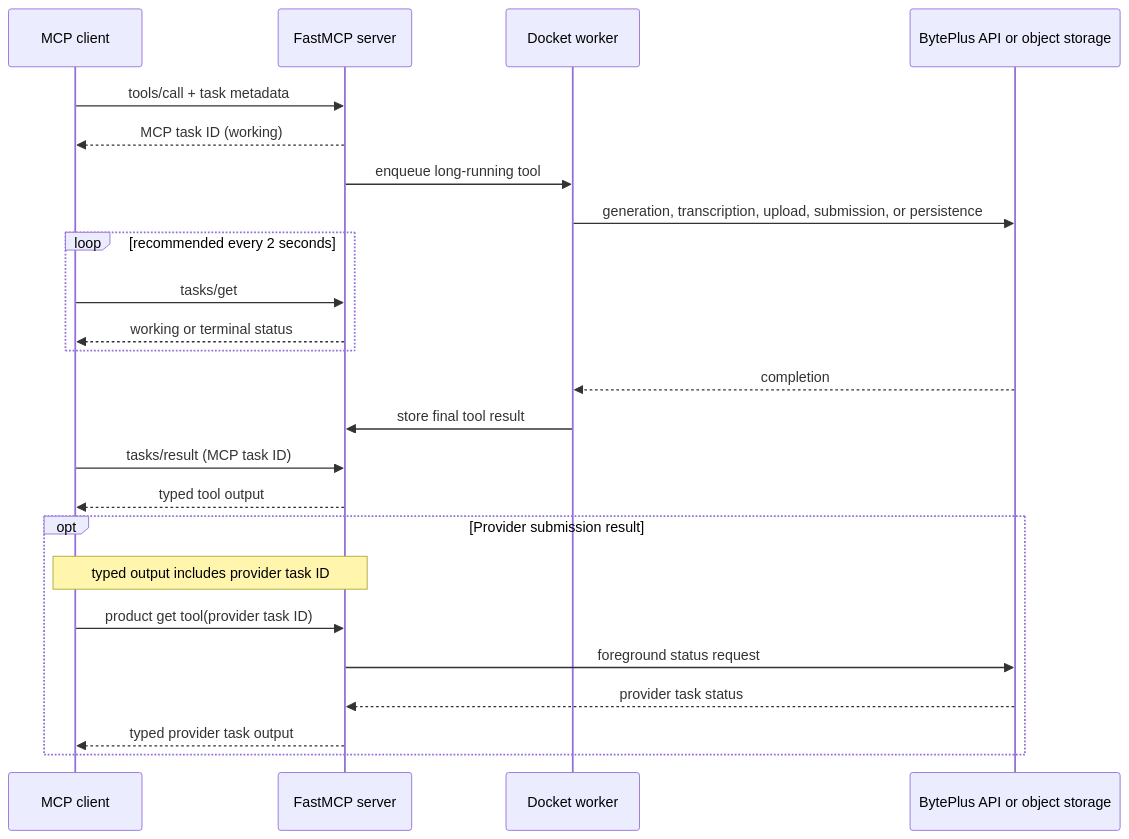
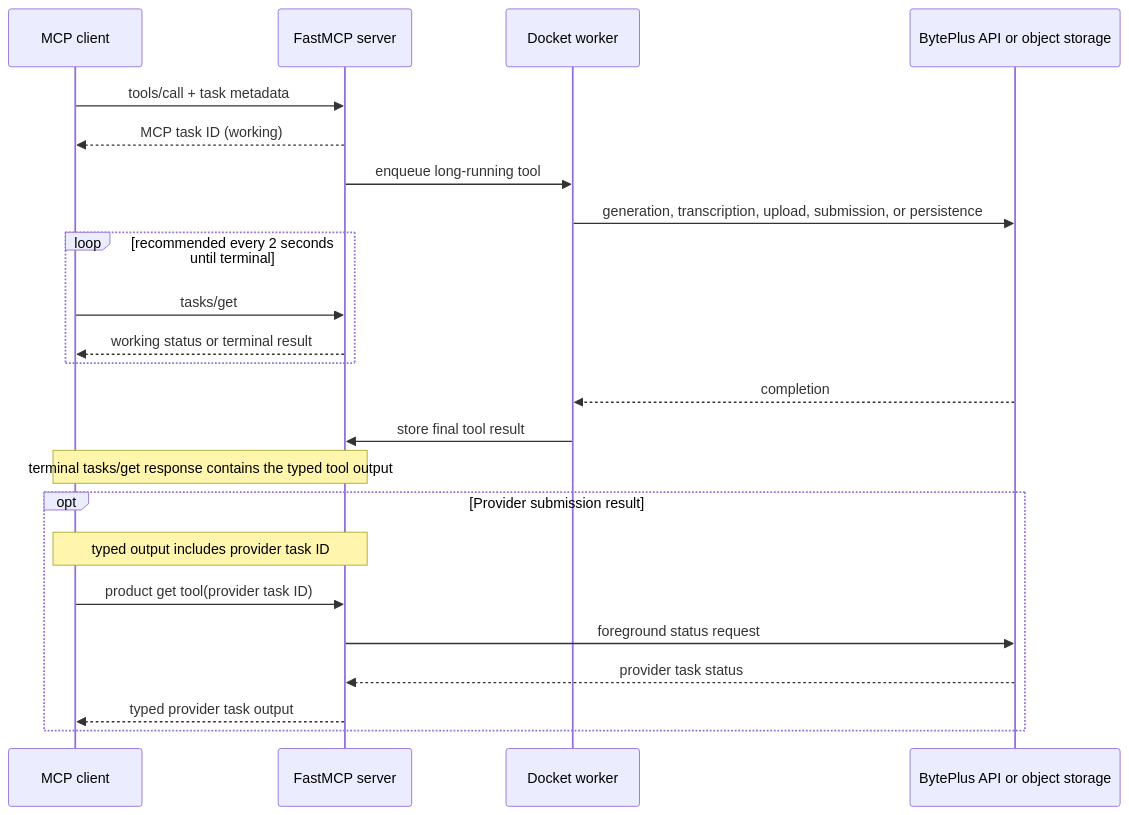
The second of 4 diagrams in docs/architecture.md (byteplus-sa/modelark-mcp), drawn with Mermaid before and after one commit. The commit also changed 12 other files, not shown here.

Commit message:
docs: align task retrieval with FastMCP 4

````diff
--- a/docs/architecture.md
+++ b/docs/architecture.md
@@ -116,26 +116,25 @@
 ```mermaid
 sequenceDiagram
     participant C as MCP client
     participant S as FastMCP server
     participant W as Docket worker
     participant A as BytePlus API or object storage
     C->>S: tools/call + task metadata
     S-->>C: MCP task ID (working)
     S->>W: enqueue long-running tool
     W->>A: generation, transcription, upload, submission, or persistence
-    loop recommended every 2 seconds
+    loop recommended every 2 seconds until terminal
         C->>S: tasks/get
-        S-->>C: working or terminal status
+        S-->>C: working status or terminal result
     end
     A-->>W: completion
     W->>S: store final tool result
-    C->>S: tasks/result (MCP task ID)
-    S-->>C: typed tool output
+    Note over C,S: terminal tasks/get response contains the typed tool output
     opt Provider submission result
         Note over S,C: typed output includes provider task ID
         C->>S: product get tool(provider task ID)
         S->>A: foreground status request
         A-->>S: provider task status
         S-->>C: typed provider task output
     end
 ```
````
